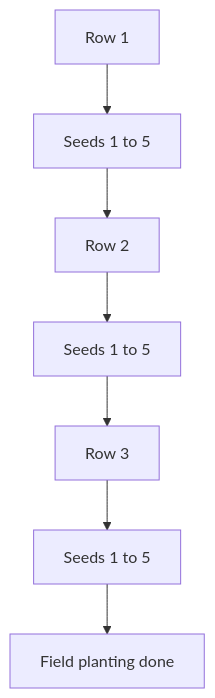
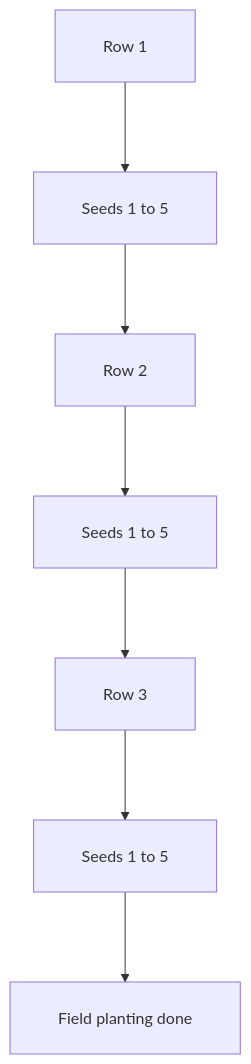
One commit to ABVenu/salcurriculum changed the sixth of 6 diagrams in SAL-2026/Python Basics - English/S04/NotesPresentation.md. Above: the diagram before and after it, drawn with Mermaid. The commit also changed other lines of this file and 820 other files, not shown here.

````diff
--- a/SAL-2026/Python Basics - English/S04/NotesPresentation.md
+++ b/SAL-2026/Python Basics - English/S04/NotesPresentation.md
@@ -381,9 +639,10 @@
 ```mermaid
+%%{init: {"flowchart": {"htmlLabels": false, "curve": "basis", "padding": 24, "nodeSpacing": 80, "rankSpacing": 90, "diagramPadding": 48}}}%%
 flowchart TB
-    R1[Row 1] --> S1[Seeds 1 to 5]
-    S1 --> R2[Row 2]
-    R2 --> S2[Seeds 1 to 5]
-    S2 --> R3[Row 3]
-    R3 --> S3[Seeds 1 to 5]
-    S3 --> D[Field planting done]
+    R1["  Row 1  "] --> S1["  Seeds 1 to 5  "]
+    S1 --> R2["  Row 2  "]
+    R2 --> S2["  Seeds 1 to 5  "]
+    S2 --> R3["  Row 3  "]
+    R3 --> S3["  Seeds 1 to 5  "]
+    S3 --> D["  Field planting done  "]
 ```
````
